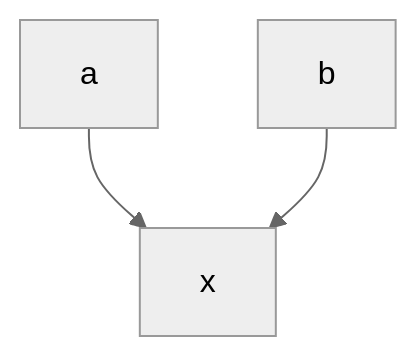
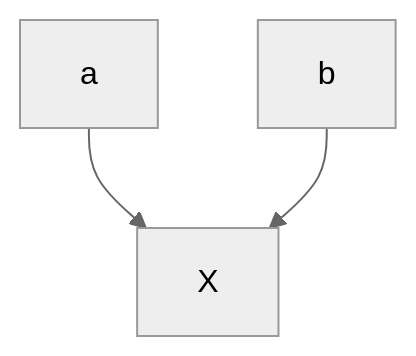
One commit to cobleg/CausalGraphs changed the fourth of 4 diagrams in causal graph basics.md. Above: the diagram before and after it, drawn with Mermaid (neutral theme). The commit also changed other lines of this file, not shown here.

````diff
--- a/causal graph basics.md
+++ b/causal graph basics.md
@@ -33,5 +32,5 @@
 ```mermaid
 graph TD;
-	a --> x;
-	b --> x;
+	a --> X;
+	b --> X;
 ```
````
